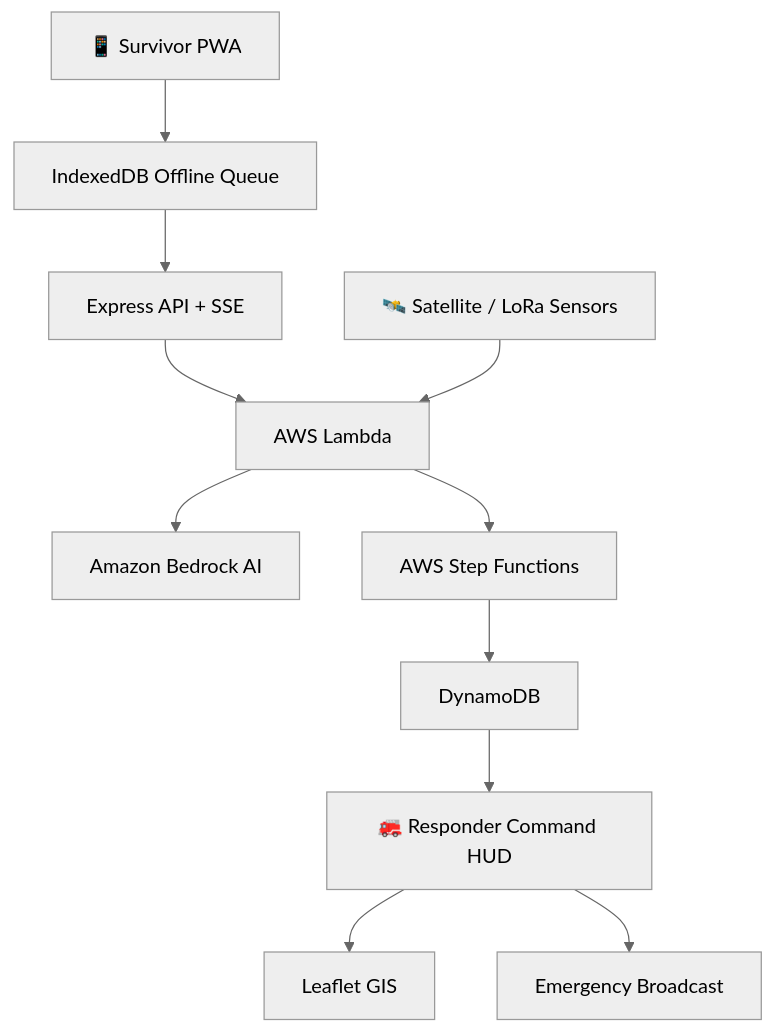
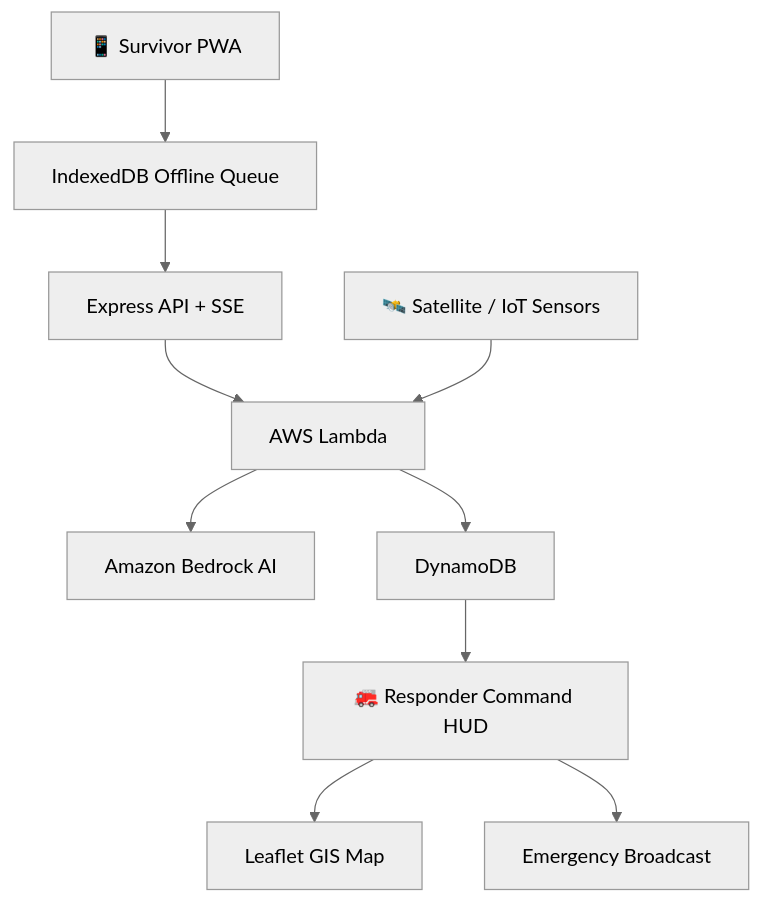
Before and after one commit to CyberCodezilla/Rescue-Link: the second of 3 diagrams in README.md, drawn with Mermaid (neutral theme). The commit also changed other lines of this file, not shown here.

````diff
--- a/README.md
+++ b/README.md
@@ -98,27 +62,12 @@
 ```mermaid
 graph TD
-
-SURVIVOR["📱 Survivor PWA"]
-
-SURVIVOR --> OFFLINE["IndexedDB Offline Queue"]
-
+SURVIVOR["📱 Survivor PWA"] --> OFFLINE["IndexedDB Offline Queue"]
 OFFLINE --> API["Express API + SSE"]
-
 API --> LAMBDA["AWS Lambda"]
-
 LAMBDA --> BEDROCK["Amazon Bedrock AI"]
-
-LAMBDA --> STEP["AWS Step Functions"]
-
-STEP --> DB["DynamoDB"]
-
+LAMBDA --> DB["DynamoDB"]
 DB --> HUD["🚒 Responder Command HUD"]
-
-SAT["🛰️ Satellite / LoRa Sensors"]
-
-SAT --> LAMBDA
-
-HUD --> GIS["Leaflet GIS"]
-
+SAT["🛰️ Satellite / IoT Sensors"] --> LAMBDA
+HUD --> GIS["Leaflet GIS Map"]
 HUD --> ALERT["Emergency Broadcast"]
 ```
````
